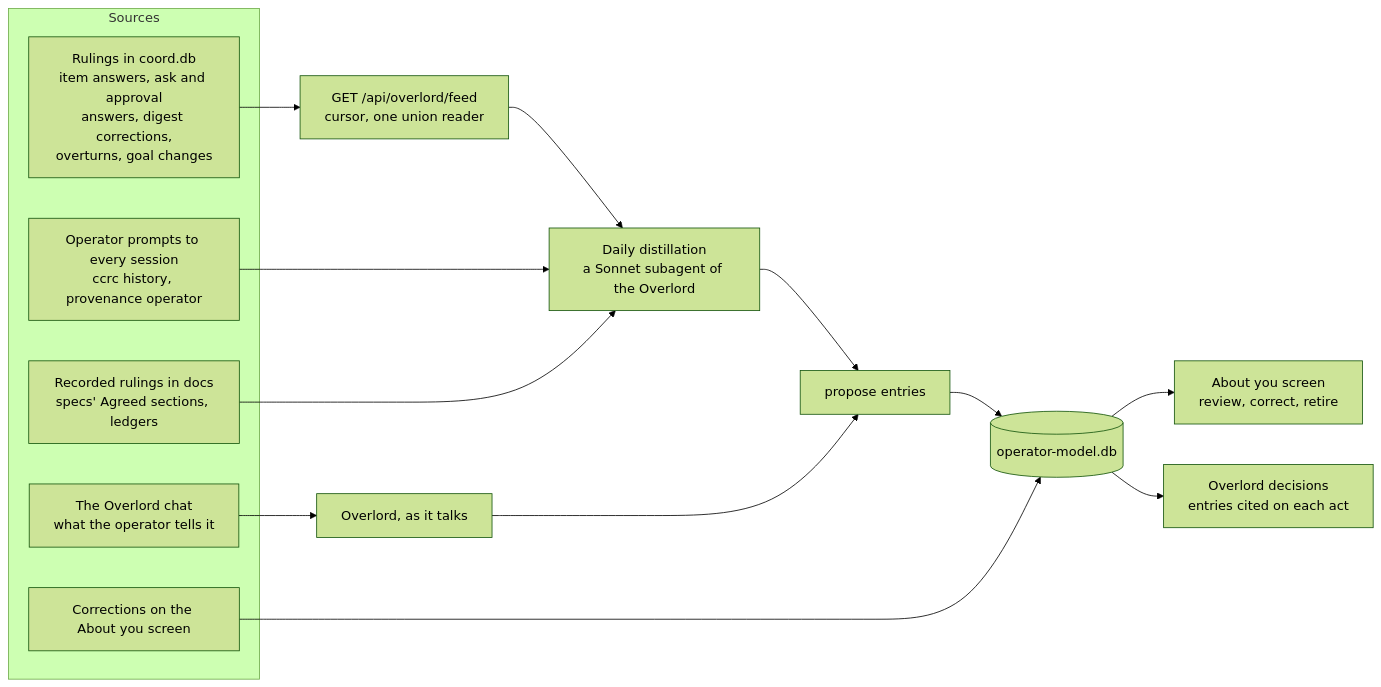
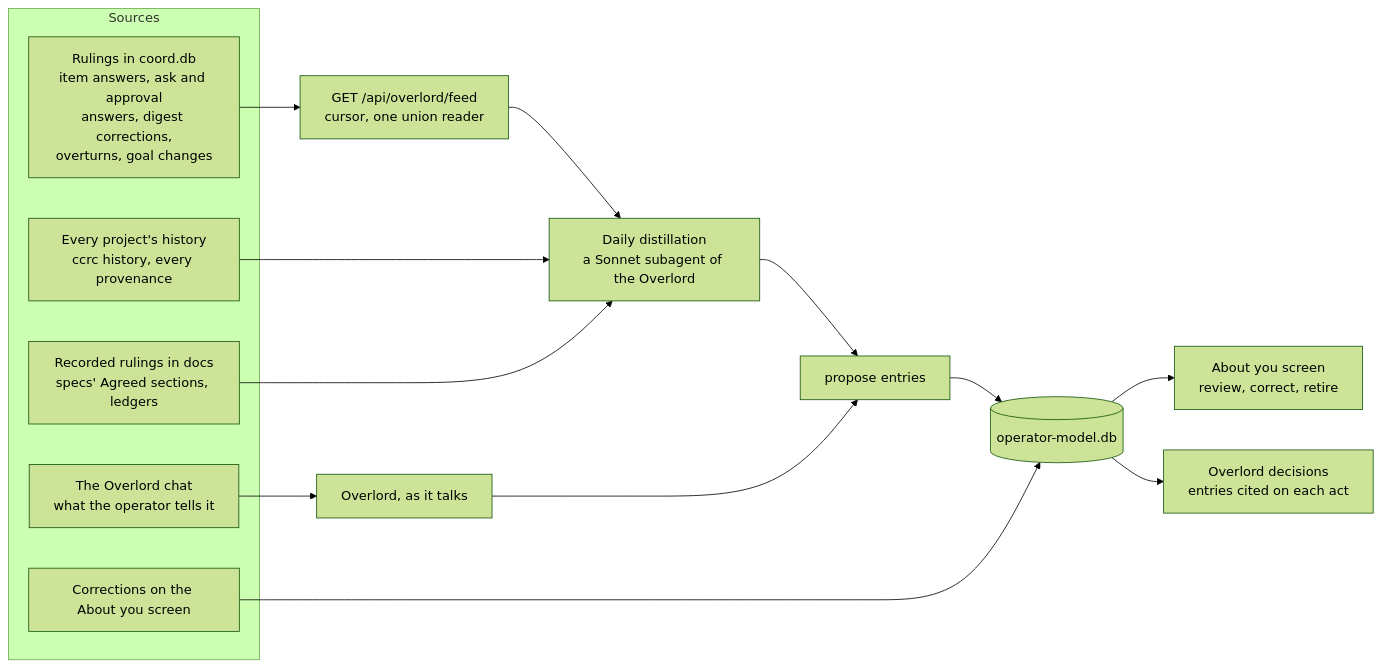
Before and after one commit to Synapsium-Labs/ccrc-pwa: the seventh of 8 diagrams in docs/superpowers/specs/2026-11-09-overlord-design.md, drawn with Mermaid (forest theme). The commit also changed other lines of this file, not shown here.

````diff
--- a/docs/superpowers/specs/2026-11-09-overlord-design.md
+++ b/docs/superpowers/specs/2026-11-09-overlord-design.md
@@ -910,21 +948,21 @@
 ```mermaid
 flowchart LR
   subgraph Sources
     S1["Rulings in coord.db<br/>item answers, ask and approval<br/>answers, digest corrections,<br/>overturns, goal changes"]
     S2["The Overlord chat<br/>what the operator tells it"]
-    S3["Operator prompts to every session<br/>ccrc history, provenance operator"]
+    S3["Every project's history<br/>ccrc history, every provenance"]
     S4["Recorded rulings in docs<br/>specs' Agreed sections, ledgers"]
     S5["Corrections on the About you screen"]
   end
   S1 --> F["GET /api/overlord/feed<br/>cursor, one union reader"]
   F --> D["Daily distillation<br/>a Sonnet subagent of the Overlord"]
   S3 --> D
   S4 --> D
   S2 --> O["Overlord, as it talks"]
   D --> P["propose entries"]
   O --> P
   P --> M[("operator-model.db")]
   S5 --> M
   M --> R["About you screen<br/>review, correct, retire"]
   M --> U["Overlord decisions<br/>entries cited on each act"]
 ```
````
